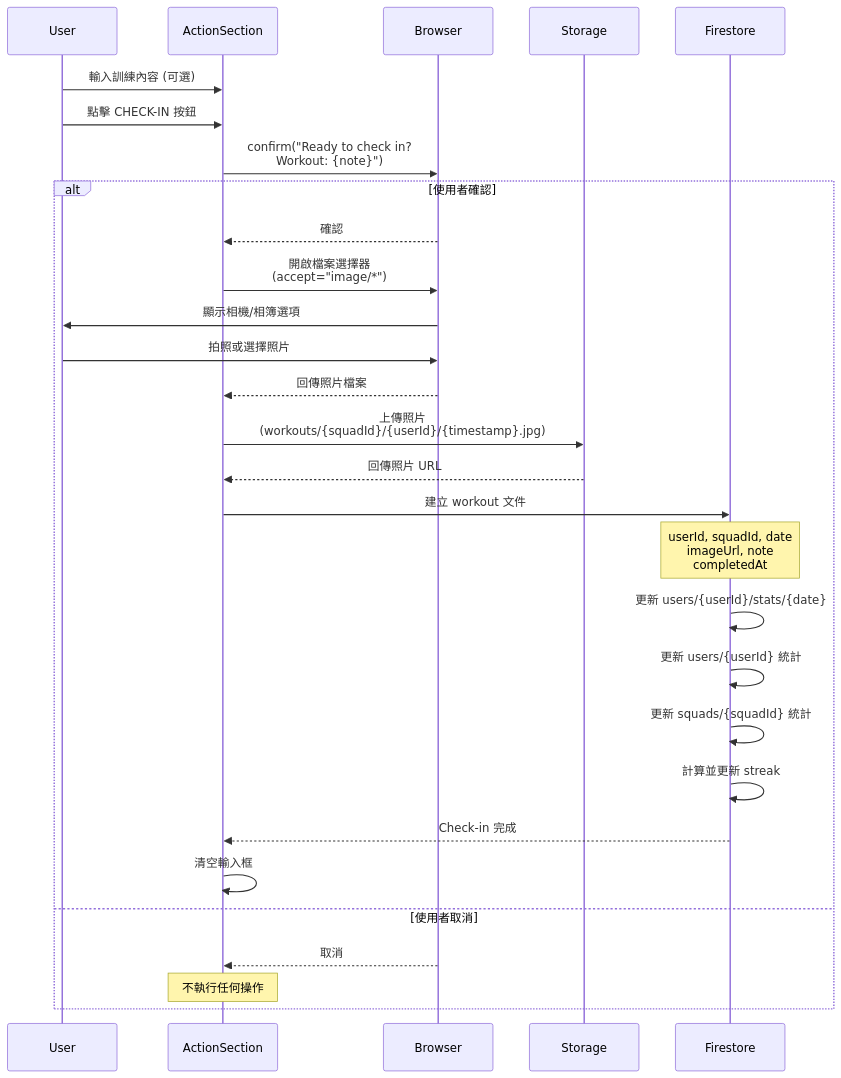
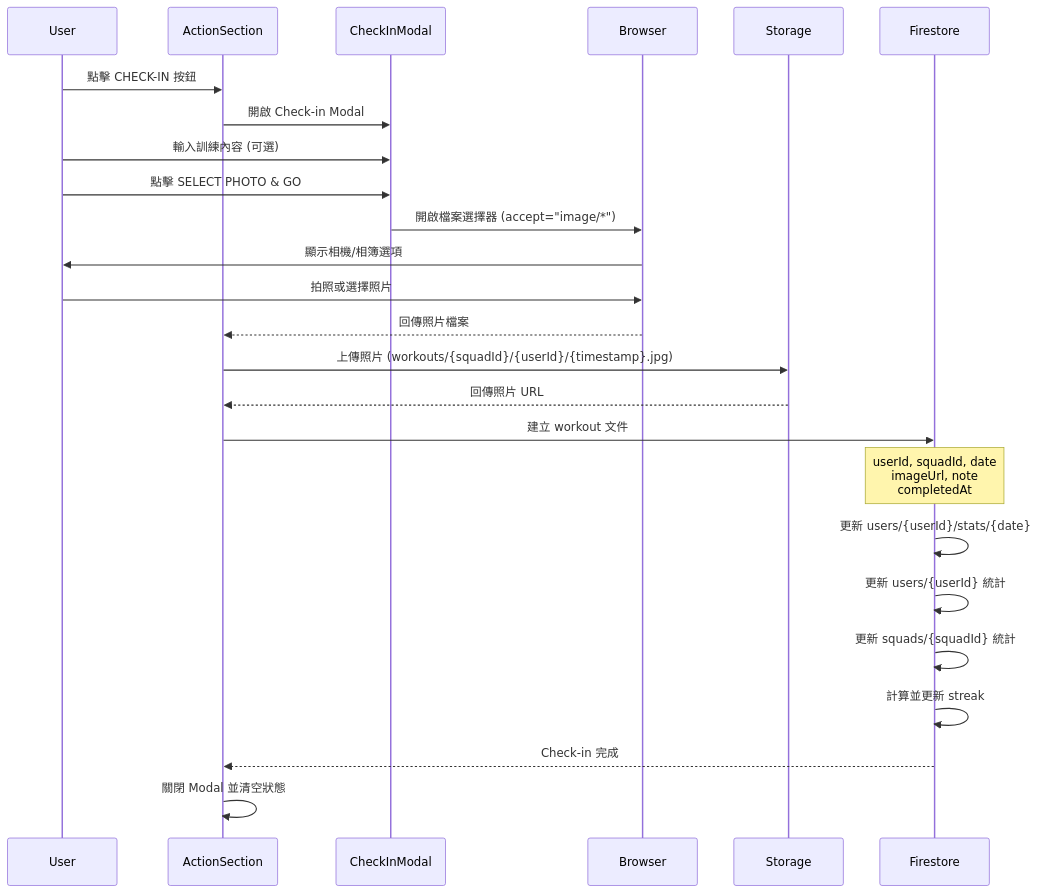
Before and after one commit to ddylanlinn/hyrox-squad-4: the third of 6 diagrams in docs/TECHNICAL_SPEC.md, drawn with Mermaid. The commit also changed other lines of this file and 5 other files, not shown here.

Commit message:
feat: Implement real-time personal and squad streak updates and refactor check-in flow with a dedicated modal, improving streak calculation accuracy.

````diff
--- a/docs/TECHNICAL_SPEC.md
+++ b/docs/TECHNICAL_SPEC.md
@@ -289,37 +289,33 @@
 ```mermaid
 sequenceDiagram
     participant User
     participant ActionSection
+    participant CheckInModal
     participant Browser
     participant Storage
     participant Firestore
 
-    User->>ActionSection: 輸入訓練內容 (可選)
     User->>ActionSection: 點擊 CHECK-IN 按鈕
-    ActionSection->>Browser: confirm("Ready to check in?<br/>Workout: {note}")
+    ActionSection->>CheckInModal: 開啟 Check-in Modal
+    User->>CheckInModal: 輸入訓練內容 (可選)
+    User->>CheckInModal: 點擊 SELECT PHOTO & GO
 
-    alt 使用者確認
-        Browser-->>ActionSection: 確認
-        ActionSection->>Browser: 開啟檔案選擇器<br/>(accept="image/*")
-        Browser->>User: 顯示相機/相簿選項
-        User->>Browser: 拍照或選擇照片
-        Browser-->>ActionSection: 回傳照片檔案
+    CheckInModal->>Browser: 開啟檔案選擇器 (accept="image/*")
+    Browser->>User: 顯示相機/相簿選項
+    User->>Browser: 拍照或選擇照片
+    Browser-->>ActionSection: 回傳照片檔案
 
-        ActionSection->>Storage: 上傳照片<br/>(workouts/{squadId}/{userId}/{timestamp}.jpg)
-        Storage-->>ActionSection: 回傳照片 URL
+    ActionSection->>Storage: 上傳照片 (workouts/{squadId}/{userId}/{timestamp}.jpg)
+    Storage-->>ActionSection: 回傳照片 URL
 
-        ActionSection->>Firestore: 建立 workout 文件
-        Note over Firestore: userId, squadId, date<br/>imageUrl, note<br/>completedAt
+    ActionSection->>Firestore: 建立 workout 文件
+    Note over Firestore: userId, squadId, date<br/>imageUrl, note<br/>completedAt
 
-        Firestore->>Firestore: 更新 users/{userId}/stats/{date}
-        Firestore->>Firestore: 更新 users/{userId} 統計
-        Firestore->>Firestore: 更新 squads/{squadId} 統計
-        Firestore->>Firestore: 計算並更新 streak
+    Firestore->>Firestore: 更新 users/{userId}/stats/{date}
+    Firestore->>Firestore: 更新 users/{userId} 統計
+    Firestore->>Firestore: 更新 squads/{squadId} 統計
+    Firestore->>Firestore: 計算並更新 streak
 
-        Firestore-->>ActionSection: Check-in 完成
-        ActionSection->>ActionSection: 清空輸入框
-    else 使用者取消
-        Browser-->>ActionSection: 取消
-        Note over ActionSection: 不執行任何操作
-    end
+    Firestore-->>ActionSection: Check-in 完成
+    ActionSection->>ActionSection: 關閉 Modal 並清空狀態
 ```
````
